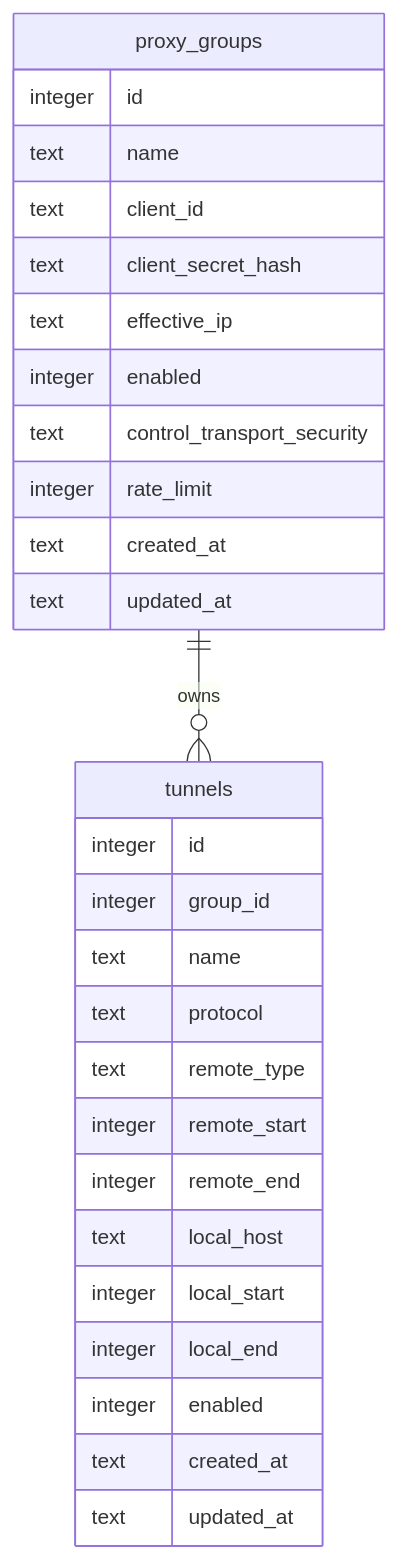
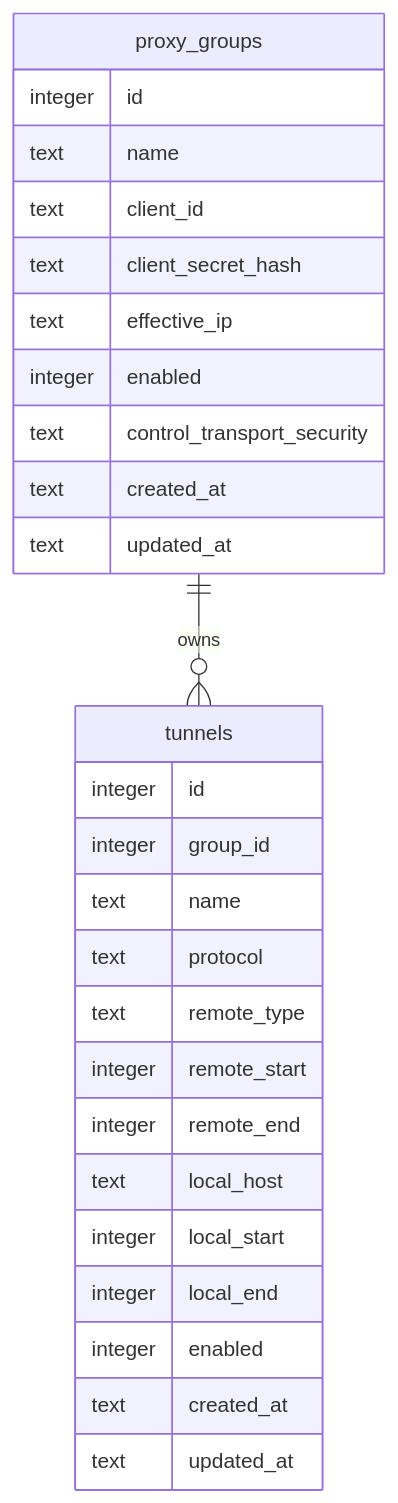
The sixth of 6 diagrams in docs/frps-frpc-current-architecture.md (Zightch/frp), drawn with Mermaid before and after one commit. The commit also changed other lines of this file and 14 other files, not shown here.

Commit message:
refactor: remove legacy rate_limit field

````diff
--- a/docs/frps-frpc-current-architecture.md
+++ b/docs/frps-frpc-current-architecture.md
@@ -221,33 +221,32 @@
 ```mermaid
 erDiagram
     proxy_groups ||--o{ tunnels : owns
 
     proxy_groups {
         integer id
         text name
         text client_id
         text client_secret_hash
         text effective_ip
         integer enabled
         text control_transport_security
-        integer rate_limit
         text created_at
         text updated_at
     }
 
     tunnels {
         integer id
         integer group_id
         text name
         text protocol
         text remote_type
         integer remote_start
         integer remote_end
         text local_host
         integer local_start
         integer local_end
         integer enabled
         text created_at
         text updated_at
     }
 ```
````
